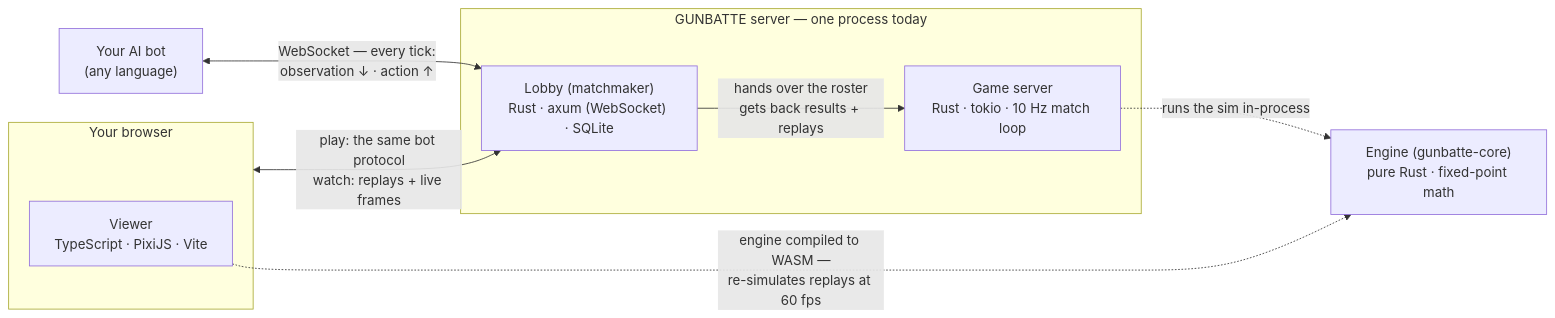
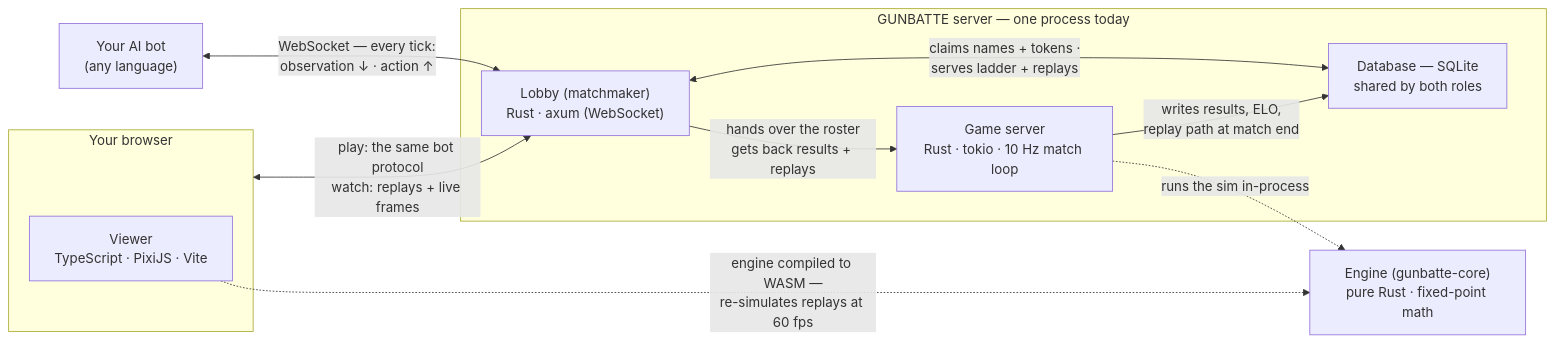
One commit to ahaqqu/gunbatte changed the diagram in docs/ARCHITECTURE.md. Above: the diagram before and after it, drawn with Mermaid.

Commit message:
docs: diagram — the database is its own node, shared by both roles
SQLite was listed as Lobby tech, but it is neither lobby-only nor a
lobby detail: it lives in gunbatte-node and is the only state both
roles touch — the lobby claims names/tokens and serves the ladder and
replay listing from it, the game server writes results, ELO, and the
replay path at match end. Give the database its own node with an edge
from each role.

````diff
--- a/docs/ARCHITECTURE.md
+++ b/docs/ARCHITECTURE.md
@@ -20,21 +20,25 @@
 ```mermaid
 flowchart LR
     bot["Your AI bot<br/>(any language)"]
 
     subgraph browser["Your browser"]
         viewer["Viewer<br/>TypeScript · PixiJS · Vite"]
     end
 
     engine["Engine (gunbatte-core)<br/>pure Rust · fixed-point math"]
 
     subgraph server["GUNBATTE server — one process today"]
-        lobby["Lobby (matchmaker)<br/>Rust · axum (WebSocket) · SQLite"]
+        lobby["Lobby (matchmaker)<br/>Rust · axum (WebSocket)"]
         game["Game server<br/>Rust · tokio · 10 Hz match loop"]
+        db["Database — SQLite<br/>shared by both roles"]
+
+        lobby <-->|"claims names + tokens ·<br/>serves ladder + replays"| db
         lobby -->|"hands over the roster<br/>gets back results + replays"| game
+        game -->|"writes results, ELO,<br/>replay path at match end"| db
     end
 
     bot <-->|"WebSocket — every tick:<br/>observation ↓ · action ↑"| lobby
     browser <-->|"play: the same bot protocol<br/>watch: replays + live frames"| lobby
     game -.->|"runs the sim in-process"| engine
     viewer -.->|"engine compiled to WASM —<br/>re-simulates replays at 60 fps"| engine
 ```
````
